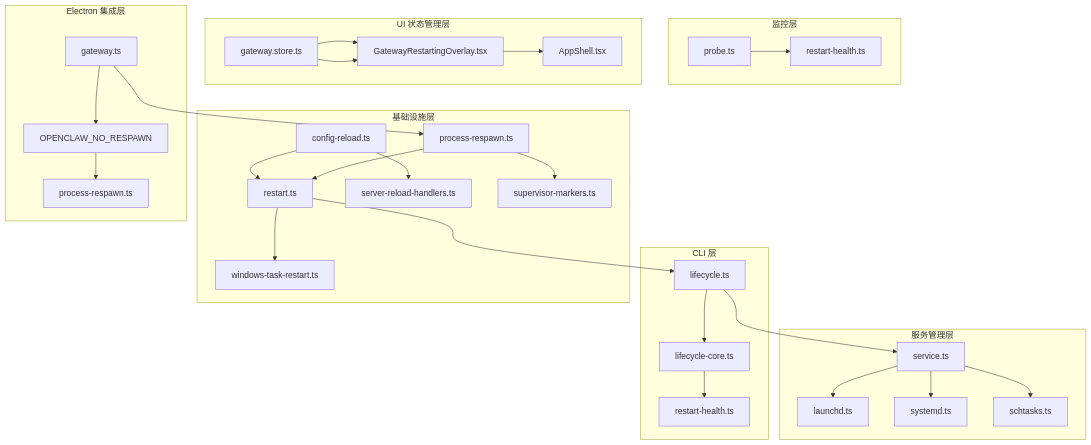
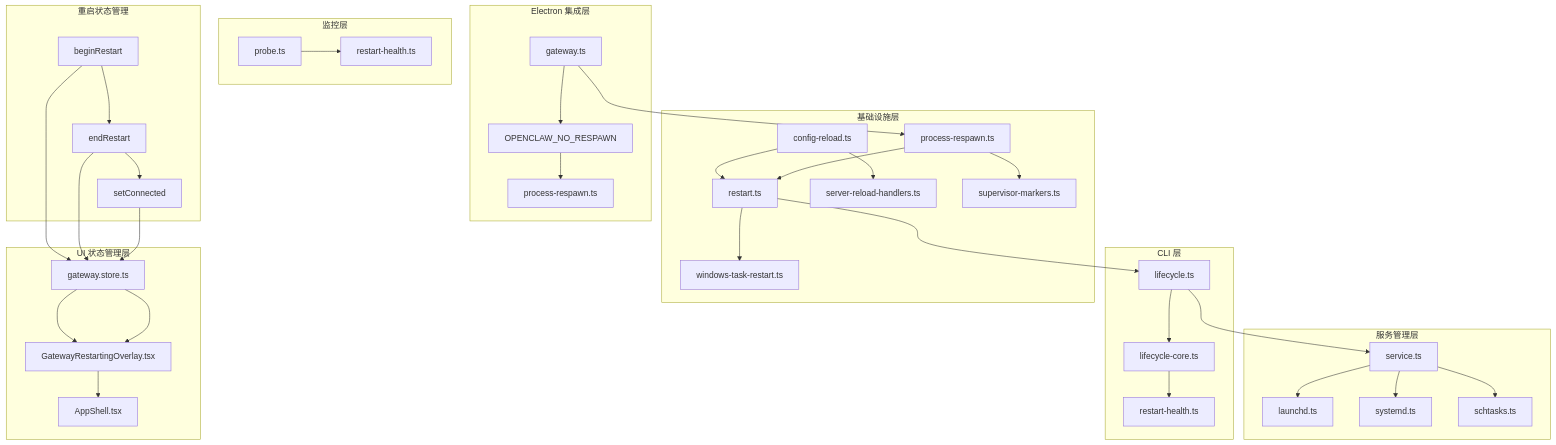
Before and after one commit to verse-ai-org/openclaw: the first of 20 diagrams in .qoder/repowiki/zh/content/核心概念/网关架构/网关重启系统.md, drawn with Mermaid. The commit also changed other lines of this file and 86 other files, not shown here.

````diff
--- a/.qoder/repowiki/zh/content/核心概念/网关架构/网关重启系统.md
+++ b/.qoder/repowiki/zh/content/核心概念/网关架构/网关重启系统.md
@@ -71,34 +74,41 @@
 ```mermaid
 graph TB
 subgraph "CLI 层"
 A[lifecycle.ts] --> B[lifecycle-core.ts]
 B --> C[restart-health.ts]
 end
 subgraph "服务管理层"
 D[service.ts] --> E[launchd.ts]
 D --> F[systemd.ts]
 D --> G[schtasks.ts]
 end
 subgraph "基础设施层"
 H[restart.ts] --> I[windows-task-restart.ts]
 J[config-reload.ts] --> K[server-reload-handlers.ts]
 L[process-respawn.ts] --> M[supervisor-markers.ts]
 end
 subgraph "监控层"
 N[probe.ts] --> O[restart-health.ts]
 end
 subgraph "UI 状态管理层"
 P[gateway.store.ts] --> Q[GatewayRestartingOverlay.tsx]
 Q --> R[AppShell.tsx]
 end
 subgraph "Electron 集成层"
 S[gateway.ts] --> T[OPENCLAW_NO_RESPAWN]
 T --> U[process-respawn.ts]
 end
+subgraph "重启状态管理"
+V[beginRestart] --> W[endRestart]
+W --> X[setConnected]
+end
 A --> D
 H --> A
 J --> H
 P --> Q
 L --> H
 S --> L
+V --> P
+W --> P
+X --> P
 ```
````
